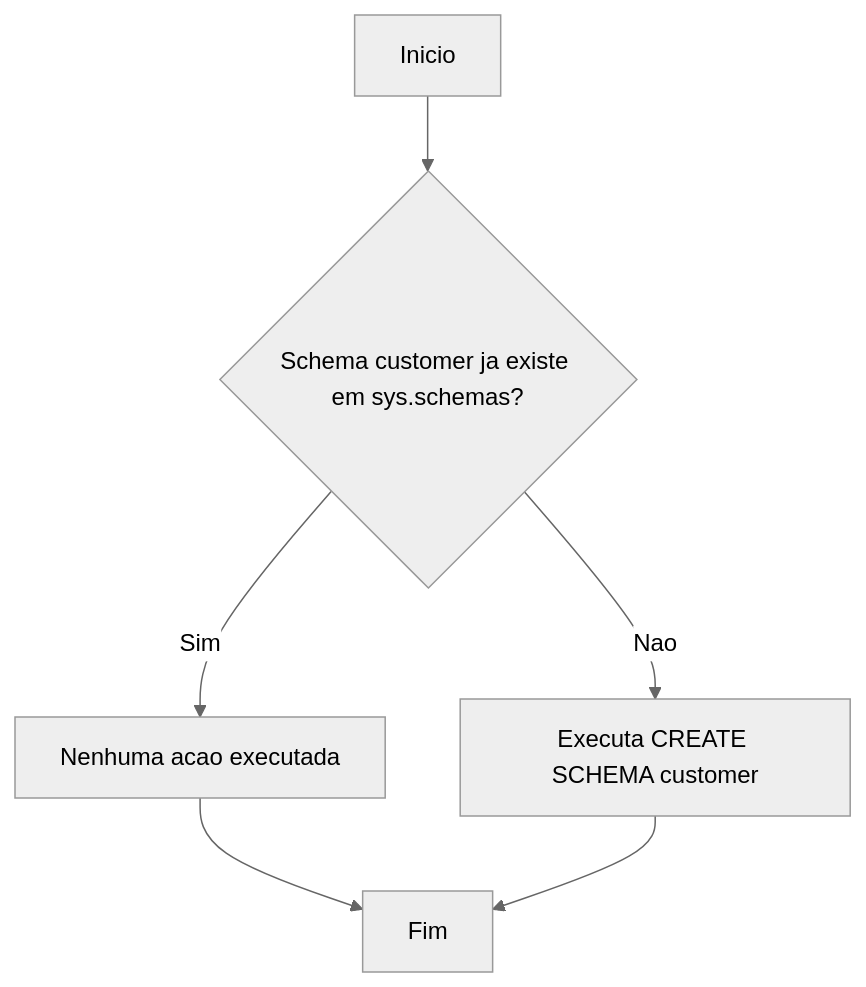
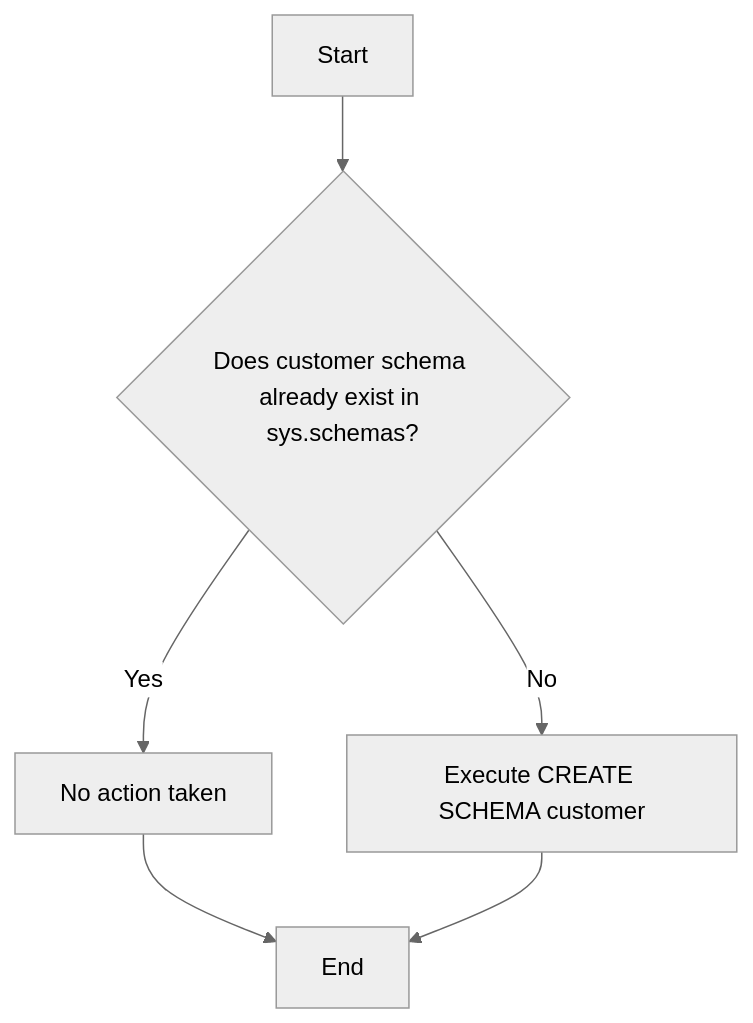
Before and after one commit to gft-us-wynxx/GftUs.Samples.NovoCard.SQL: the diagram in doc/database/schemas/01_customer.md, drawn with Mermaid (neutral theme). The commit also changed other lines of this file and 35 other files, not shown here.

````diff
--- a/doc/database/schemas/01_customer.md
+++ b/doc/database/schemas/01_customer.md
@@ -28,8 +28,8 @@
 ```mermaid
 graph TD
-    A[Inicio] --> B{Schema customer ja existe em sys.schemas?}
-    B -- Sim --> C[Nenhuma acao executada]
-    B -- Nao --> D[Executa CREATE SCHEMA customer]
-    C --> E[Fim]
-    D --> E[Fim]
+    A[Start] --> B{Does customer schema already exist in sys.schemas?}
+    B -- Yes --> C[No action taken]
+    B -- No --> D[Execute CREATE SCHEMA customer]
+    C --> E[End]
+    D --> E[End]
 ```
````
